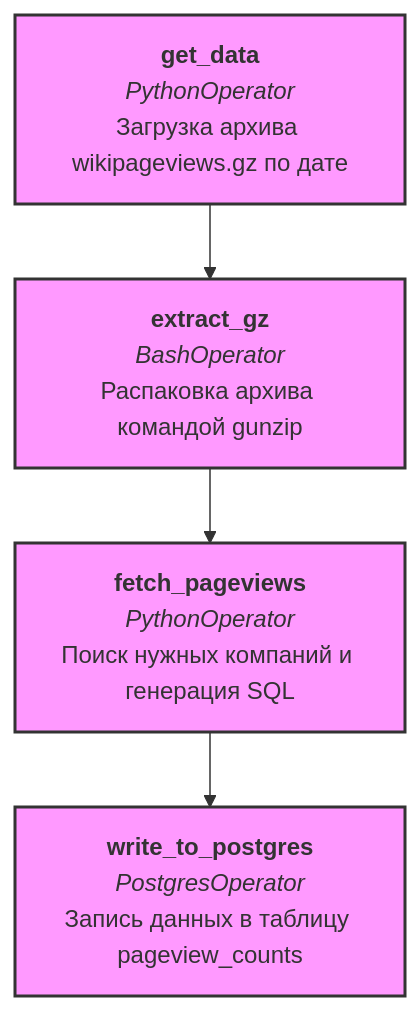
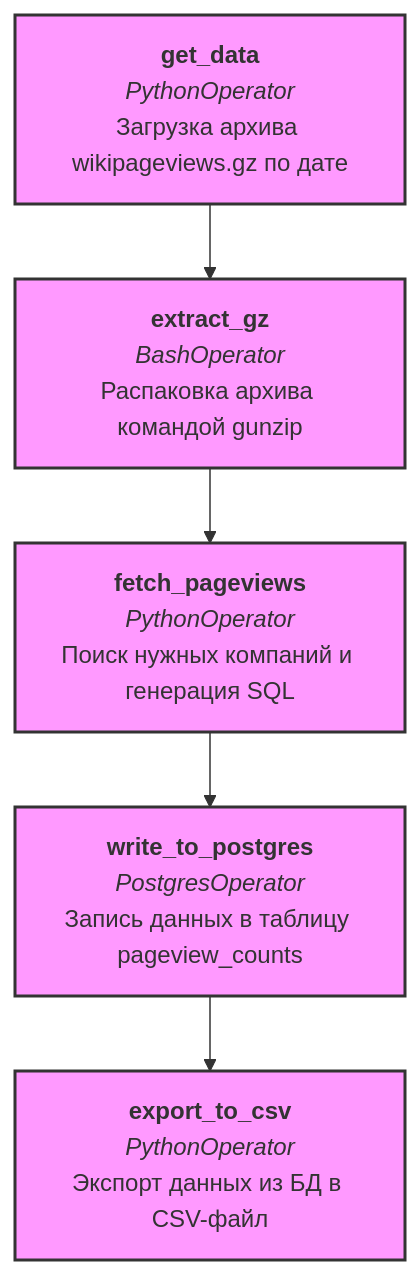
The second of 3 diagrams in practice/business_case_stocksense_26/README.md (BosenkoTM/workshop-on-ETL), drawn with Mermaid before and after one commit. The commit also changed other lines of this file, not shown here.

````diff
--- a/practice/business_case_stocksense_26/README.md
+++ b/practice/business_case_stocksense_26/README.md
@@ -61,9 +59,10 @@
 ```mermaid
 graph TD
     A[<b>get_data</b><br/><i>PythonOperator</i><br/>Загрузка архива wikipageviews.gz по дате] --> B[<b>extract_gz</b><br/><i>BashOperator</i><br/>Распаковка архива командой gunzip]
     B --> C[<b>fetch_pageviews</b><br/><i>PythonOperator</i><br/>Поиск нужных компаний и генерация SQL]
     C --> D[<b>write_to_postgres</b><br/><i>PostgresOperator</i><br/>Запись данных в таблицу pageview_counts]
-    
+    D --> E[<b>export_to_csv</b><br/><i>PythonOperator</i><br/>Экспорт данных из БД в CSV-файл]
+
     classDef operator fill:#f9f,stroke:#333,stroke-width:2px;
-    class A,B,C,D operator;
+    class A,B,C,D,E operator;
 ```
````
